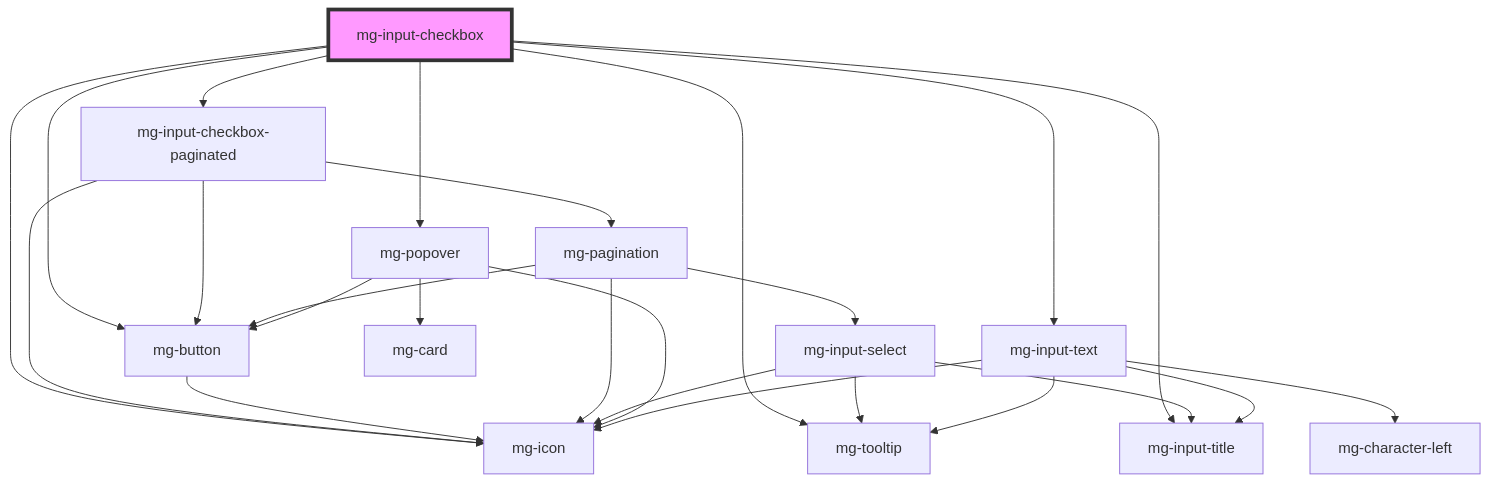
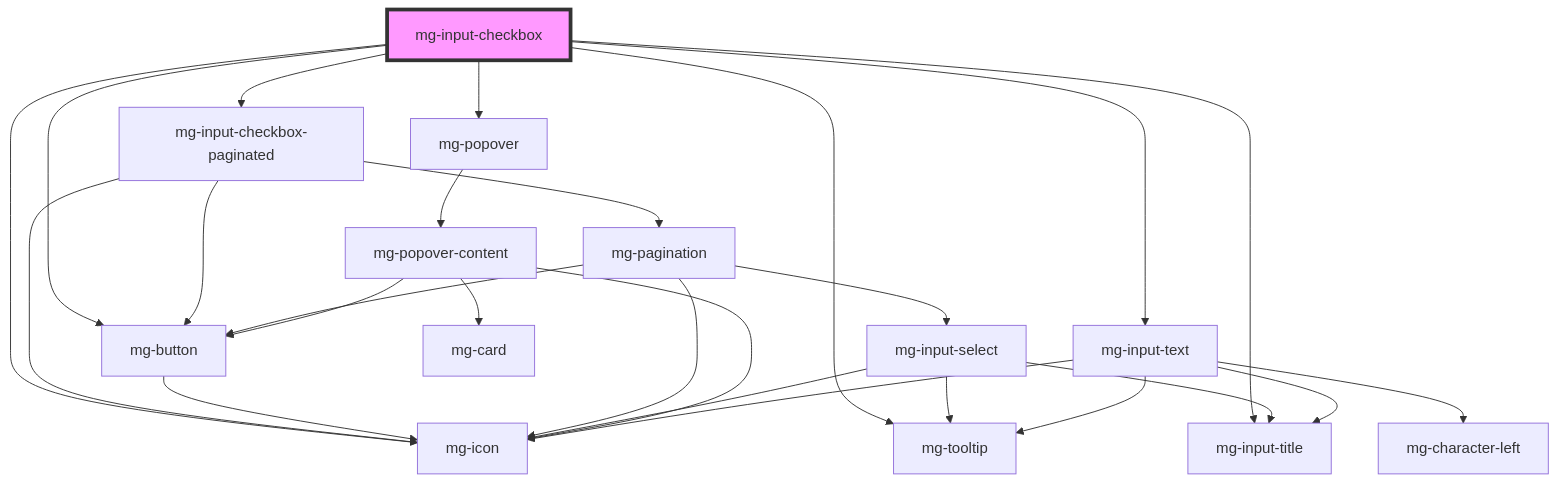
Before and after one commit to MGDIS/core-ui: the diagram in packages/mg-components/src/components/molecules/inputs/mg-input-checkbox/readme.md, drawn with Mermaid. The commit also changed 28 other files, not shown here.

First line of the commit message:
fix(mgPopover): create mg-popover-content component to improver popover a11y

````diff
--- a/packages/mg-components/src/components/molecules/inputs/mg-input-checkbox/readme.md
+++ b/packages/mg-components/src/components/molecules/inputs/mg-input-checkbox/readme.md
@@ -170,28 +170,29 @@
 ```mermaid
 graph TD;
   mg-input-checkbox --> mg-input-checkbox-paginated
   mg-input-checkbox --> mg-popover
   mg-input-checkbox --> mg-button
   mg-input-checkbox --> mg-icon
   mg-input-checkbox --> mg-input-text
   mg-input-checkbox --> mg-tooltip
   mg-input-checkbox --> mg-input-title
   mg-input-checkbox-paginated --> mg-button
   mg-input-checkbox-paginated --> mg-icon
   mg-input-checkbox-paginated --> mg-pagination
   mg-button --> mg-icon
   mg-pagination --> mg-button
   mg-pagination --> mg-icon
   mg-pagination --> mg-input-select
   mg-input-select --> mg-tooltip
   mg-input-select --> mg-icon
   mg-input-select --> mg-input-title
-  mg-popover --> mg-card
-  mg-popover --> mg-button
-  mg-popover --> mg-icon
+  mg-popover --> mg-popover-content
+  mg-popover-content --> mg-card
+  mg-popover-content --> mg-button
+  mg-popover-content --> mg-icon
   mg-input-text --> mg-icon
   mg-input-text --> mg-character-left
   mg-input-text --> mg-tooltip
   mg-input-text --> mg-input-title
   style mg-input-checkbox fill:#f9f,stroke:#333,stroke-width:4px
 ```
````
